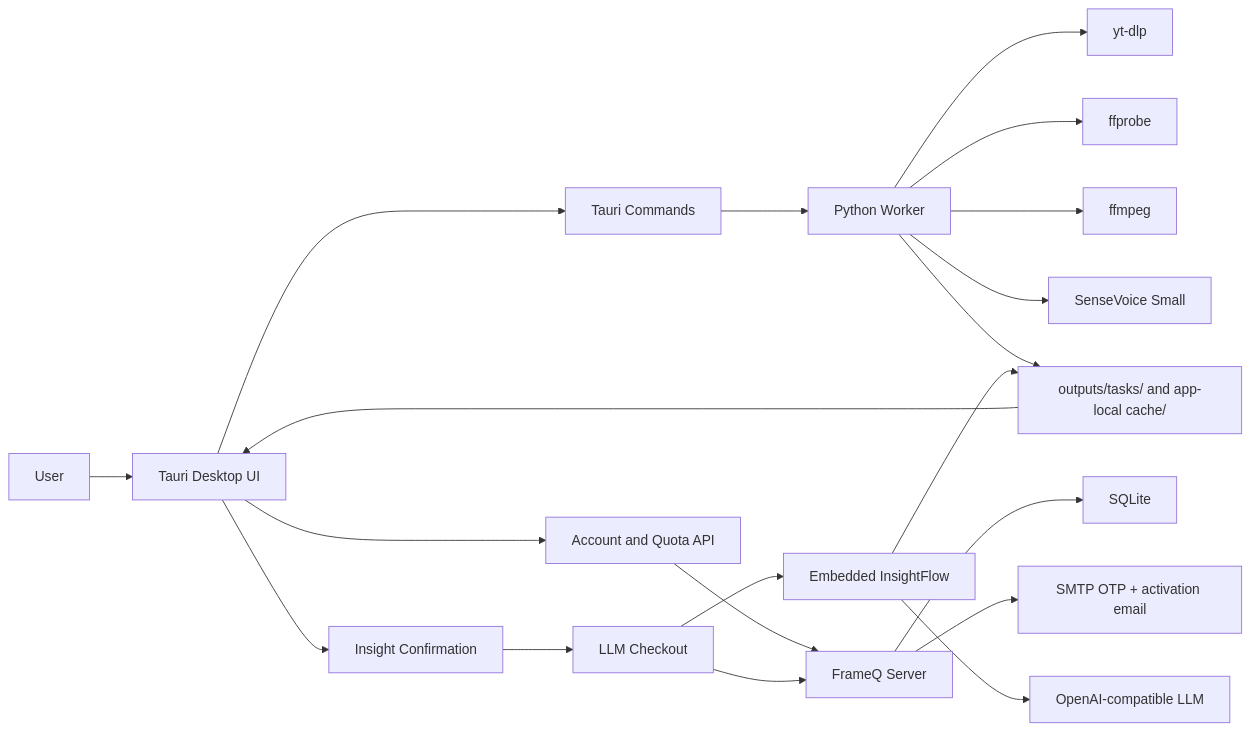
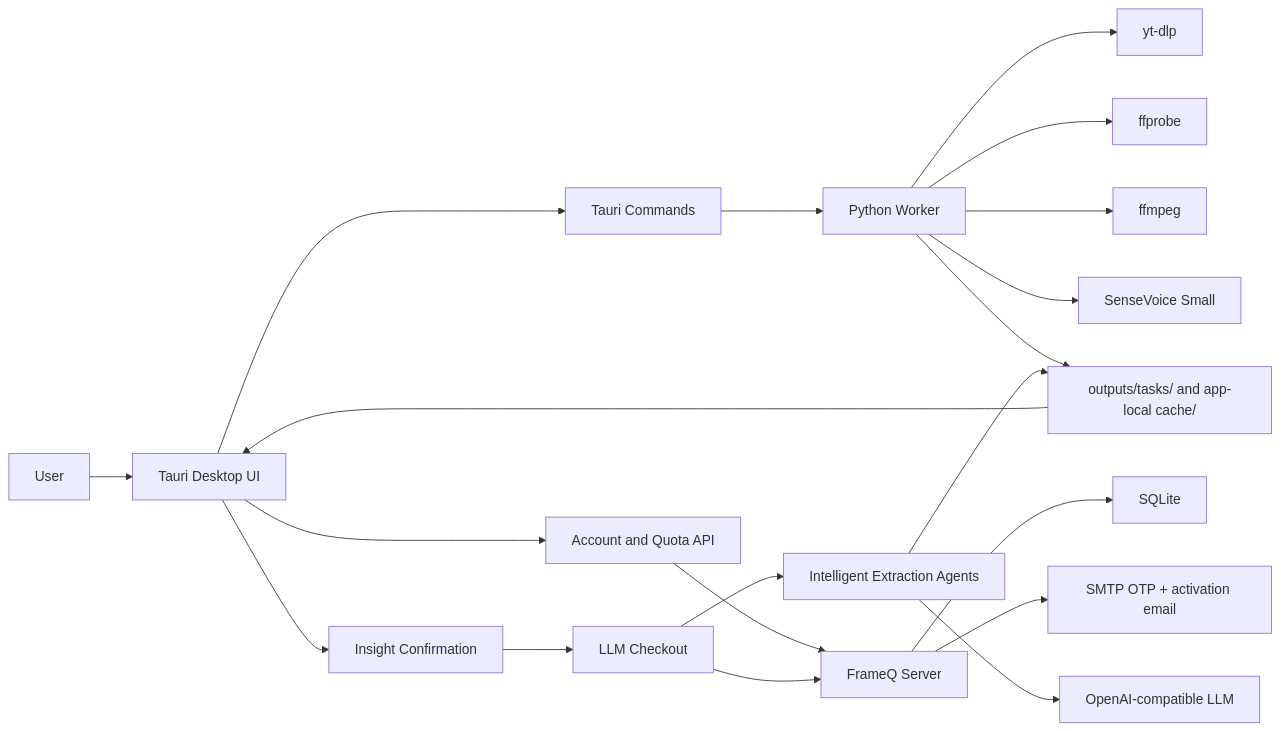
The diagram in README.md (jiabai/FrameQ), drawn with Mermaid before and after one commit. The commit also changed other lines of this file and 21 other files, not shown here.

````diff
--- a/README.md
+++ b/README.md
@@ -114,24 +114,24 @@
 ```mermaid
 flowchart LR
   User["User"] --> App["Tauri Desktop UI"]
   App --> Tauri["Tauri Commands"]
   Tauri --> Worker["Python Worker"]
   Worker --> Downloader["yt-dlp"]
   Worker --> Probe["ffprobe"]
   Worker --> Audio["ffmpeg"]
   Worker --> ASR["SenseVoice Small"]
   Worker --> Files["outputs/tasks/ and app-local cache/"]
   Files --> App
 
   App --> Account["Account and Quota API"]
   Account --> Server["FrameQ Server"]
   Server --> SQLite["SQLite"]
   Server --> SMTP["SMTP OTP + activation email"]
 
   App --> Confirm["Insight Confirmation"]
   Confirm --> Checkout["LLM Checkout"]
   Checkout --> Server
-  Checkout --> Insight["Embedded InsightFlow"]
+  Checkout --> Insight["Intelligent Extraction Agents"]
   Insight --> LLM["OpenAI-compatible LLM"]
   Insight --> Files
 ```
````
